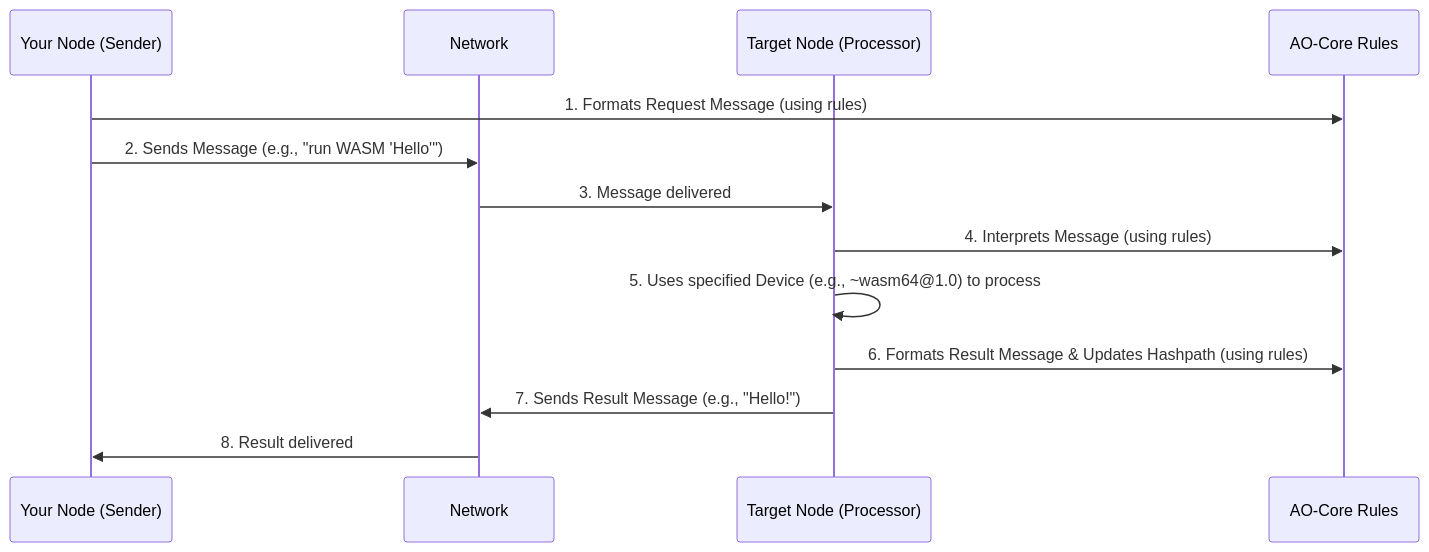
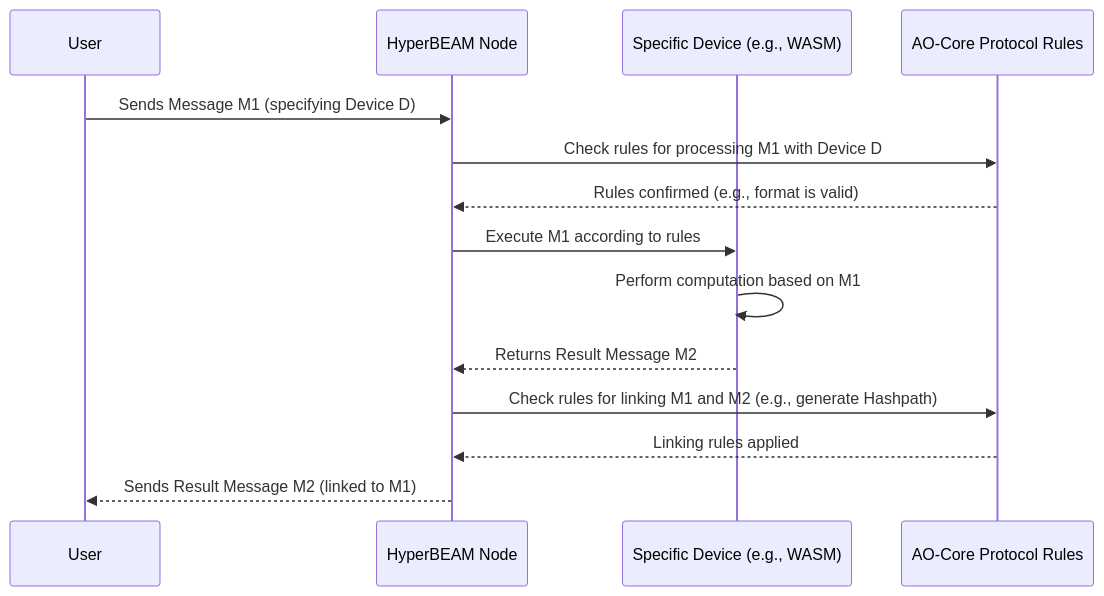
The diagram in 02_ao_core_protocol_.md (samharshe/PocketFlow-docs-for-HyperBEAM), drawn with Mermaid before and after one commit. The commit also changed other lines of this file and 15 other files, not shown here.

````diff
--- a/02_ao_core_protocol_.md
+++ b/02_ao_core_protocol_.md
@@ -109,16 +57,17 @@
 ```mermaid
 sequenceDiagram
-    participant NodeA as Your Node (Sender)
-    participant Network
-    participant NodeB as Target Node (Processor)
-    participant AOCore as AO-Core Rules
+    participant User
+    participant Node as HyperBEAM Node
+    participant Device as Specific Device (e.g., WASM)
+    participant Core as AO-Core Protocol Rules
 
-    NodeA->>AOCore: 1. Formats Request Message (using rules)
-    NodeA->>Network: 2. Sends Message (e.g., "run WASM 'Hello'")
-    Network->>NodeB: 3. Message delivered
-    NodeB->>AOCore: 4. Interprets Message (using rules)
-    NodeB->>NodeB: 5. Uses specified Device (e.g., ~wasm64@1.0) to process
-    NodeB->>AOCore: 6. Formats Result Message & Updates Hashpath (using rules)
-    NodeB->>Network: 7. Sends Result Message (e.g., "Hello!")
-    Network->>NodeA: 8. Result delivered
+    User->>Node: Sends Message M1 (specifying Device D)
+    Node->>Core: Check rules for processing M1 with Device D
+    Core-->>Node: Rules confirmed (e.g., format is valid)
+    Node->>Device: Execute M1 according to rules
+    Device->>Device: Perform computation based on M1
+    Device-->>Node: Returns Result Message M2
+    Node->>Core: Check rules for linking M1 and M2 (e.g., generate Hashpath)
+    Core-->>Node: Linking rules applied
+    Node-->>User: Sends Result Message M2 (linked to M1)
 ```
````
